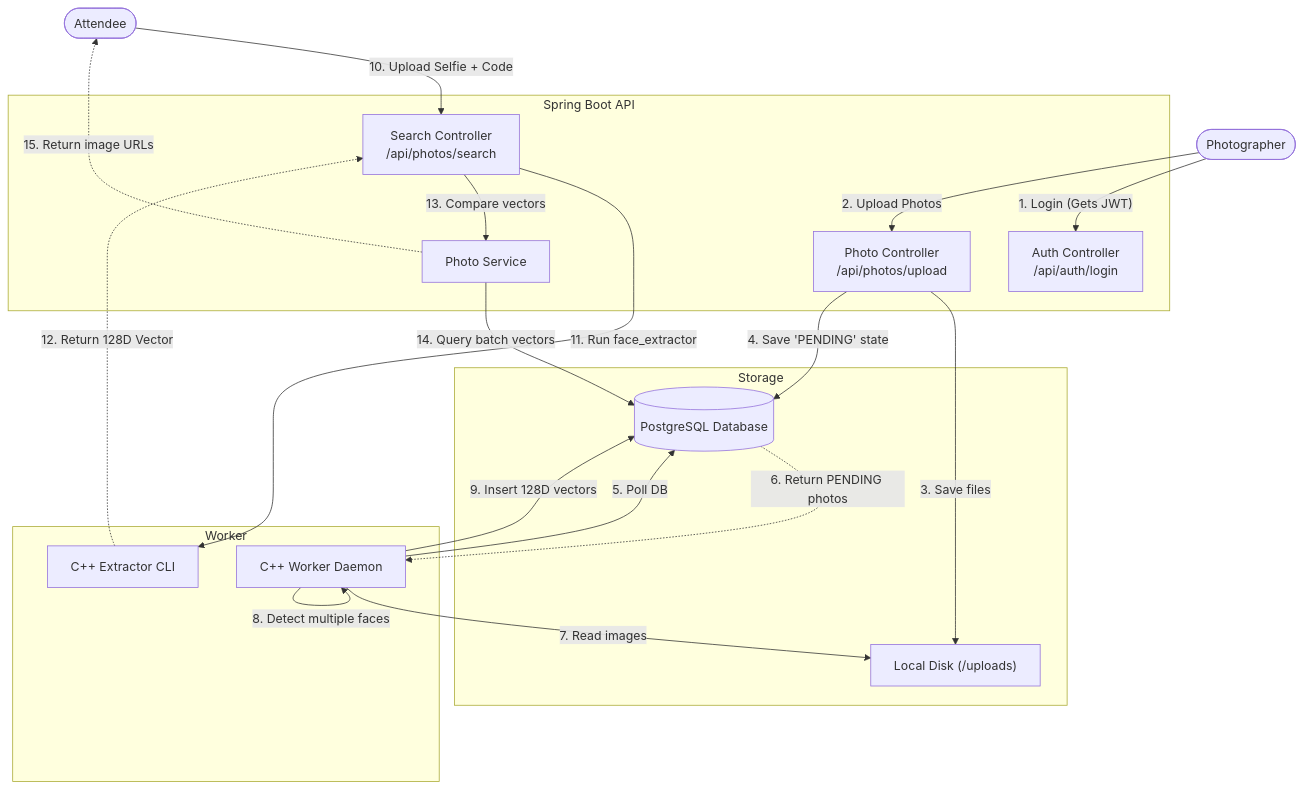
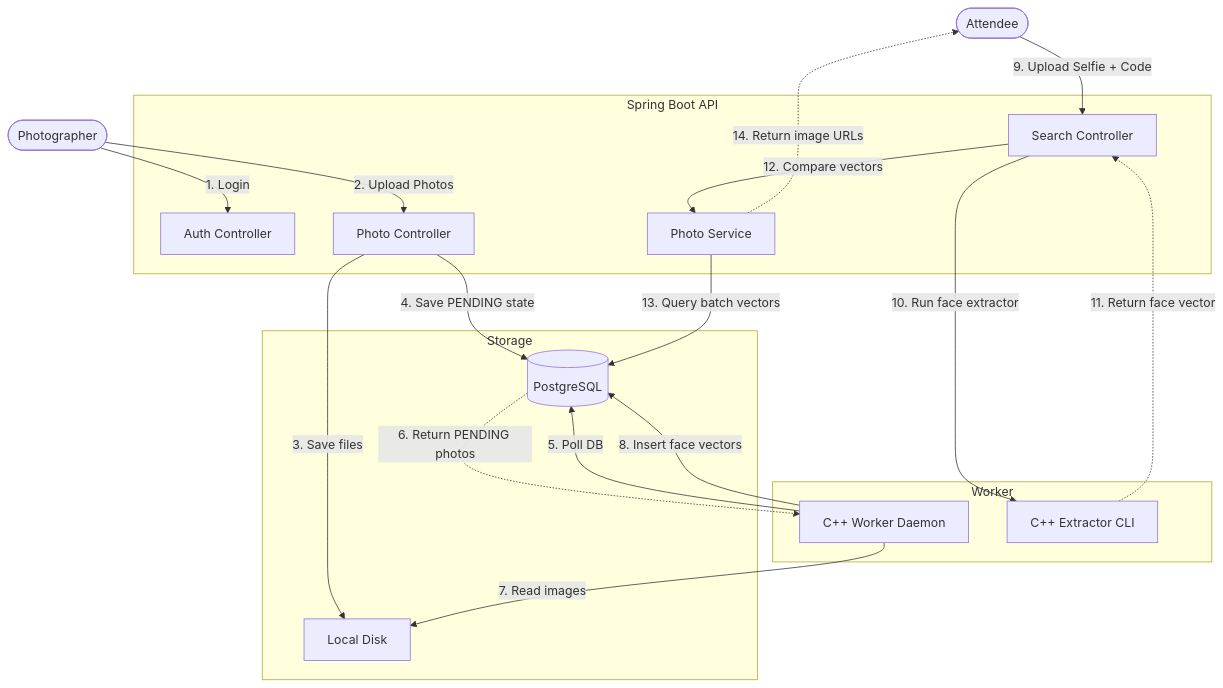
One commit to SatishChoudhary642/pixel-pull changed the diagram in README.md. Above: the diagram before and after it, drawn with Mermaid. The commit also changed other lines of this file, not shown here.

Commit message:
docs: fix broken mermaid diagram, update readme for current project structure

````diff
--- a/README.md
+++ b/README.md
@@ -18,44 +30,39 @@
 ```mermaid
 graph TD
-
     Photographer(["Photographer"])
     Attendee(["Attendee"])
 
     subgraph "Spring Boot API"
-        AuthController["Auth Controller<br>/api/auth/login"]
-        UploadController["Photo Controller<br>/api/photos/upload"]
-        SearchController["Search Controller<br>/api/photos/search"]
+        AuthController["Auth Controller"]
+        UploadController["Photo Controller"]
+        SearchController["Search Controller"]
         PhotoService["Photo Service"]
     end
 
     subgraph "Storage"
-        Postgres[("PostgreSQL Database")]
-        DiskStorage["Local Disk (/uploads)"]
+        Postgres[("PostgreSQL")]
+        DiskStorage["Local Disk"]
     end
 
     subgraph "Worker"
         CPPWorker["C++ Worker Daemon"]
         CPPCLI["C++ Extractor CLI"]
     end
 
-    %% Photographer Flow
-    Photographer -- "1. Login (Gets JWT)" --> AuthController
+    Photographer -- "1. Login" --> AuthController
     Photographer -- "2. Upload Photos" --> UploadController
     UploadController -- "3. Save files" --> DiskStorage
-    UploadController -- "4. Save 'PENDING' state" --> Postgres
+    UploadController -- "4. Save PENDING state" --> Postgres
 
-    %% Background Processing
     CPPWorker -- "5. Poll DB" --> Postgres
     Postgres -. "6. Return PENDING photos" .-> CPPWorker
     CPPWorker -- "7. Read images" --> DiskStorage
-    CPPWorker -- "8. Detect multiple faces" --> CPPWorker
-    CPPWorker -- "9. Insert 128D vectors" --> Postgres
+    CPPWorker -- "8. Insert face vectors" --> Postgres
 
-    %% Attendee Search Flow
-    Attendee -- "10. Upload Selfie + Code" --> SearchController
-    SearchController -- "11. Run face_extractor" --> CPPCLI
-    CPPCLI -. "12. Return 128D Vector" .-> SearchController
-    SearchController -- "13. Compare vectors" --> PhotoService
-    PhotoService -- "14. Query batch vectors" --> Postgres
-    PhotoService -. "15. Return image URLs" .-> Attendee
+    Attendee -- "9. Upload Selfie + Code" --> SearchController
+    SearchController -- "10. Run face extractor" --> CPPCLI
+    CPPCLI -. "11. Return face vector" .-> SearchController
+    SearchController -- "12. Compare vectors" --> PhotoService
+    PhotoService -- "13. Query batch vectors" --> Postgres
+    PhotoService -. "14. Return image URLs" .-> Attendee
 ```
````
